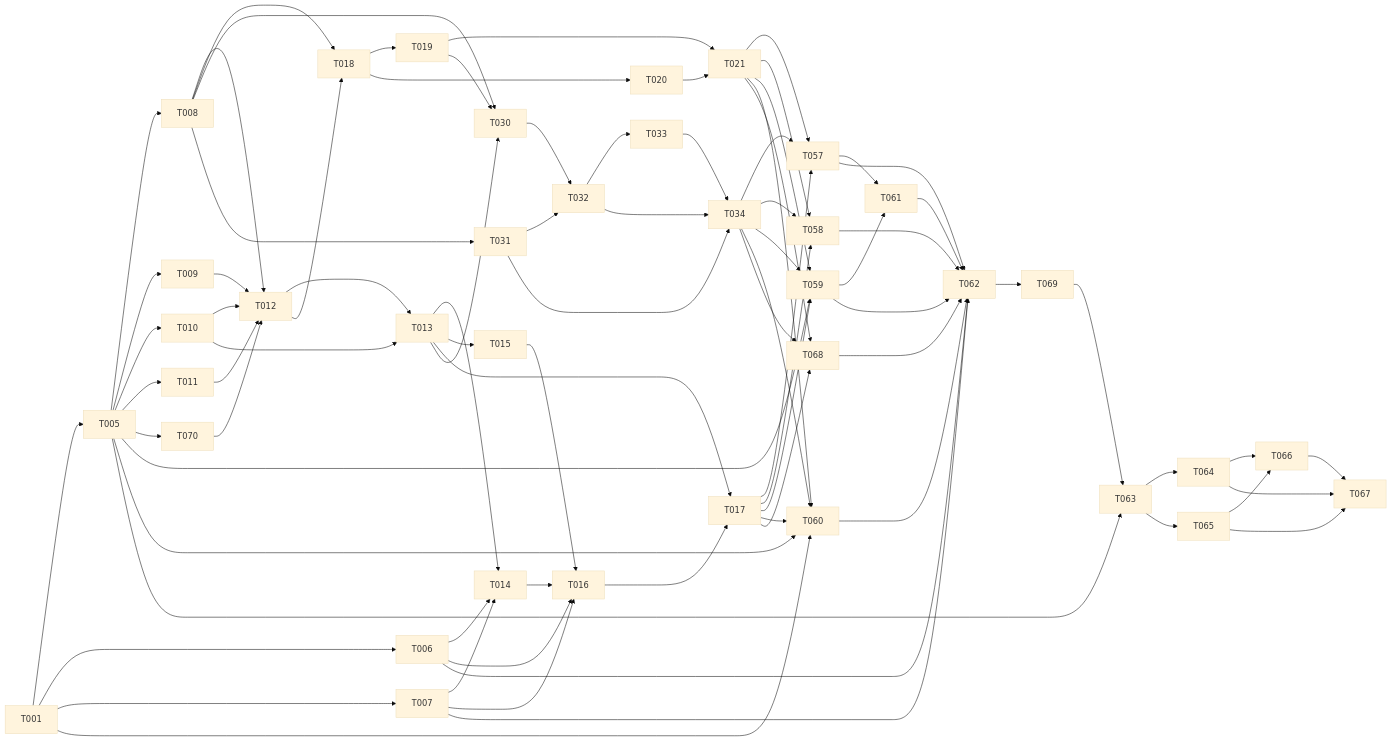
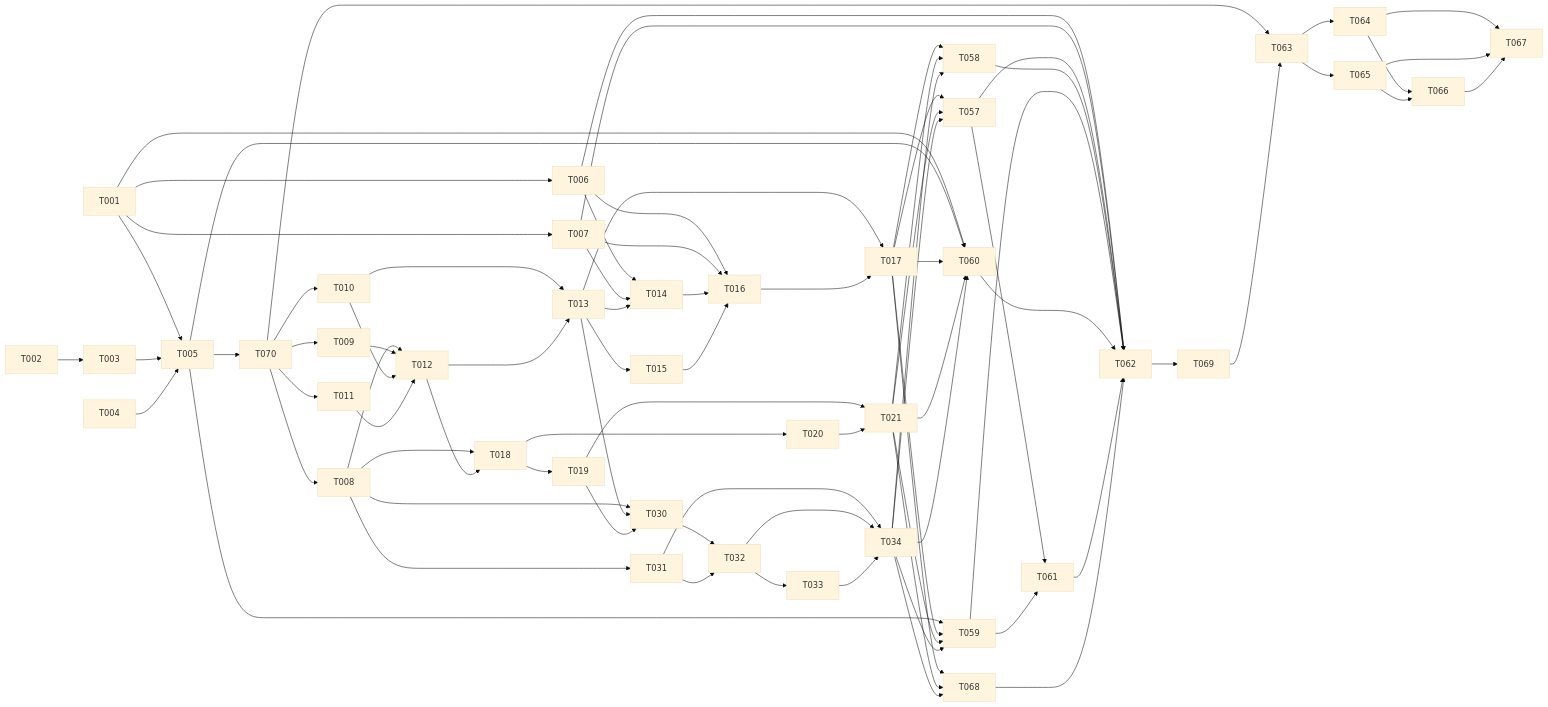
One commit to UnderUndre/undreseller changed the diagram in specs/003-commerce-operations-capability-packs/tasks.md. Above: the diagram before and after it, drawn with Mermaid (base theme). The commit also changed other lines of this file and 11 other files, not shown here.

````diff
--- a/specs/003-commerce-operations-capability-packs/tasks.md
+++ b/specs/003-commerce-operations-capability-packs/tasks.md
@@ -317,39 +319,41 @@
 ```mermaid
 graph LR
     T001 --> T005
     T001 --> T006
     T001 --> T007
-    T005 --> T008
-    T005 --> T009
-    T005 --> T010
-    T005 --> T011
+    T002 --> T003
+    T003 & T004 --> T005
     T005 --> T070
-    T008 & T009 & T010 & T011 & T070 --> T012
+    T070 --> T008
+    T070 --> T009
+    T070 --> T010
+    T070 --> T011
+    T008 & T009 & T010 & T011 --> T012
     T010 & T012 --> T013
     T006 & T007 & T013 --> T014
-T013 --> T015
+    T013 --> T015
     T006 & T007 & T014 & T015 --> T016
     T013 & T016 --> T017
     T008 & T012 --> T018
     T018 --> T019
     T018 --> T020
     T019 & T020 --> T021
     T008 & T013 & T019 --> T030
     T008 --> T031
     T030 & T031 --> T032
     T032 --> T033
     T031 & T032 & T033 --> T034
     T017 & T021 & T034 --> T057
     T017 & T021 & T034 --> T058
     T005 & T017 & T021 & T034 --> T059
     T001 & T005 & T017 & T021 & T034 --> T060
     T057 & T059 --> T061
     T017 & T021 & T034 --> T068
     T006 & T007 & T057 & T058 & T059 & T060 & T061 & T068 --> T062
     T062 --> T069
-    T005 & T069 --> T063
+    T070 & T069 --> T063
     T063 --> T064
     T063 --> T065
     T064 & T065 --> T066
     T064 & T065 & T066 --> T067
 ```
````
